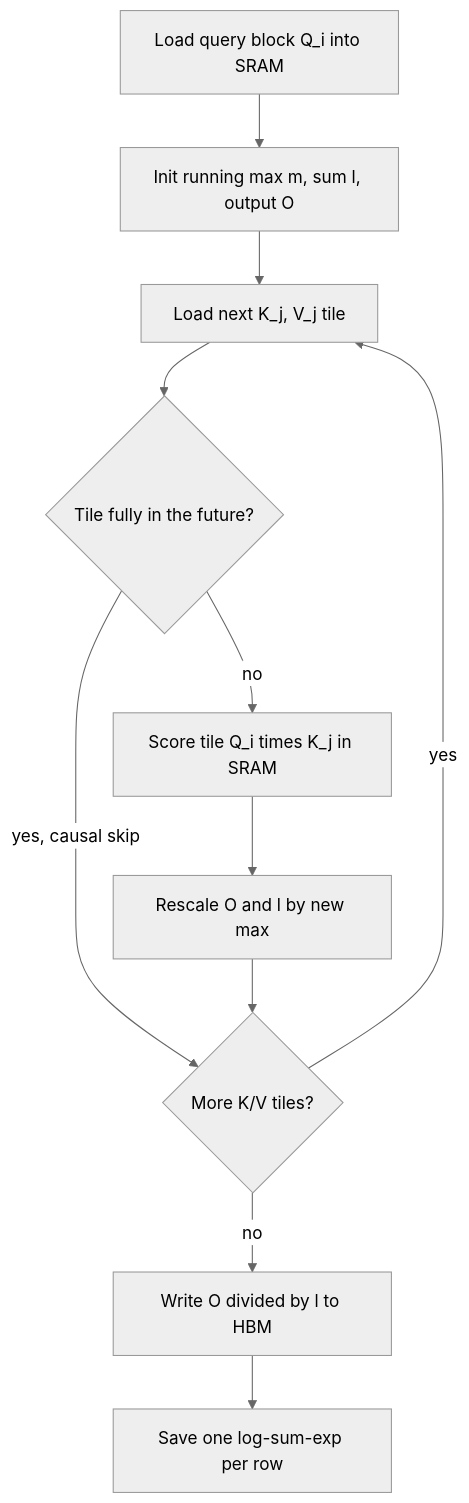
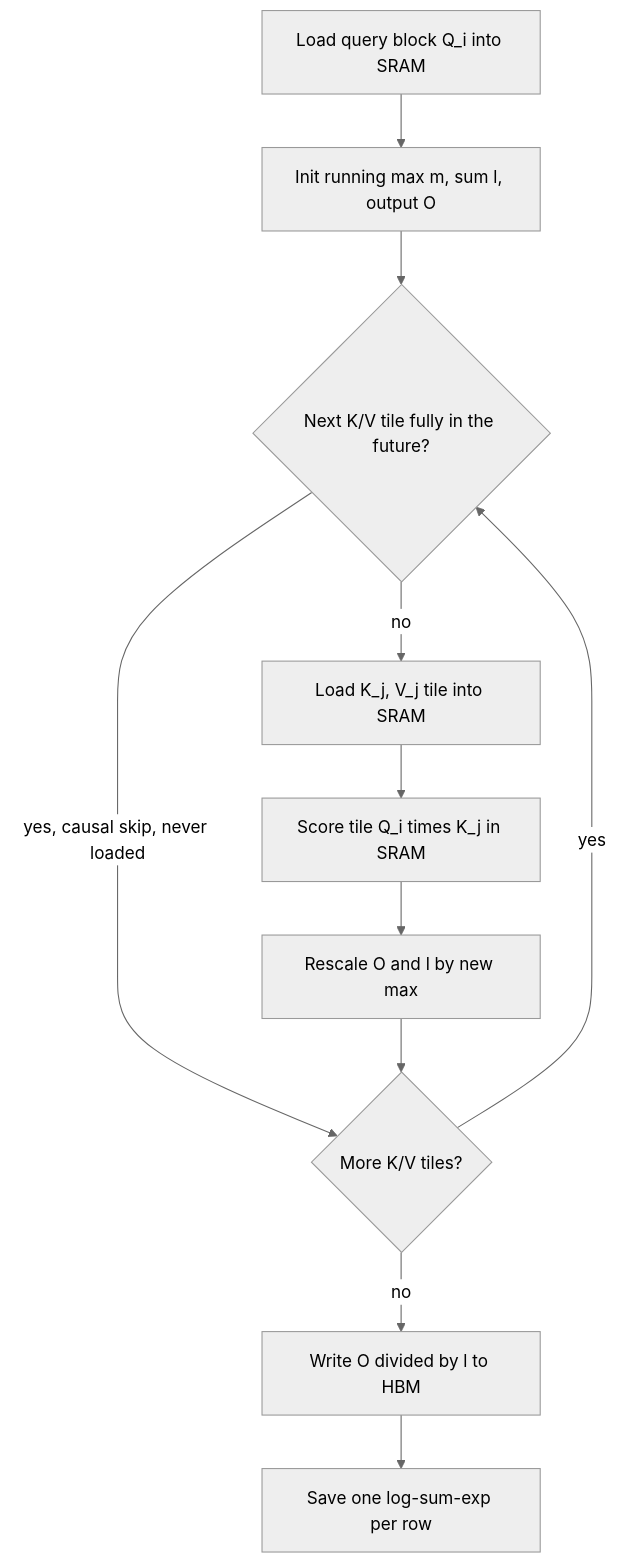
Before and after one commit to lovishmahajan97/agentic-learning: the diagram in content/model-internals/flashattention.md, drawn with Mermaid (neutral theme). The commit also changed other lines of this file and 213 other files, not shown here.

````diff
--- a/content/model-internals/flashattention.md
+++ b/content/model-internals/flashattention.md
@@ -143,13 +143,13 @@
 ```mermaid
 flowchart TD
     Q["Load query block Q_i into SRAM"] --> INIT["Init running max m, sum l, output O"]
-    INIT --> LOAD["Load next K_j, V_j tile"]
-    LOAD --> SKIP{"Tile fully in the future?"}
-    SKIP -->|"yes, causal skip"| MORE
-    SKIP -->|"no"| S["Score tile Q_i times K_j in SRAM"]
+    INIT --> SKIP{"Next K/V tile fully in the future?"}
+    SKIP -->|"yes, causal skip, never loaded"| MORE
+    SKIP -->|"no"| LOAD["Load K_j, V_j tile into SRAM"]
+    LOAD --> S["Score tile Q_i times K_j in SRAM"]
     S --> UP["Rescale O and l by new max"]
     UP --> MORE{"More K/V tiles?"}
-    MORE -->|"yes"| LOAD
+    MORE -->|"yes"| SKIP
     MORE -->|"no"| OUT["Write O divided by l to HBM"]
     OUT --> LSE["Save one log-sum-exp per row"]
 ```
````
